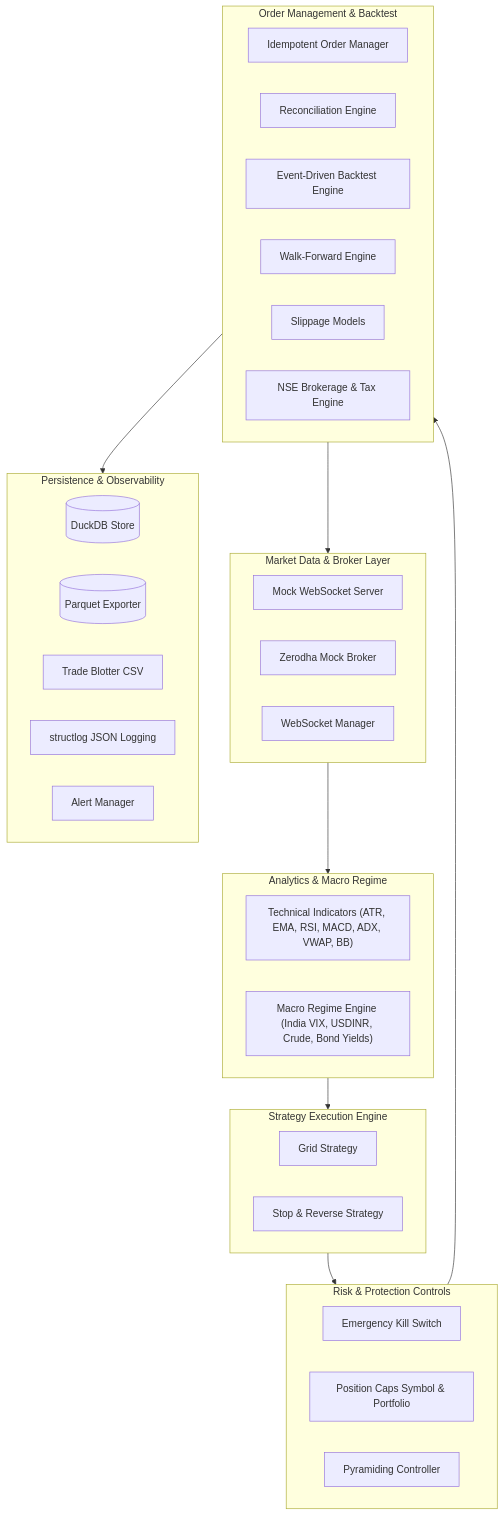
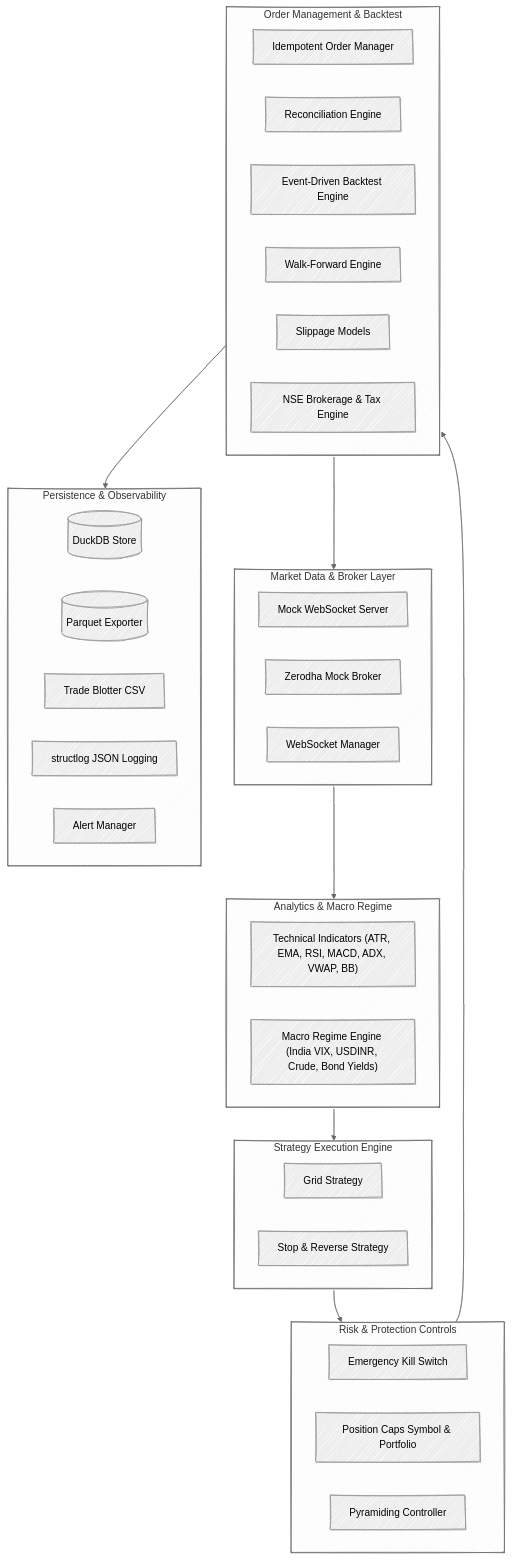
The first of 4 diagrams in README.md (ankit-gupta-git/Quant_assignment), drawn with Mermaid before and after one commit. The commit also changed other lines of this file and 4 other files, not shown here.

Commit message:
docs: integrate Excalidraw-style SVG diagrams and handDrawn theme into README

````diff
--- a/README.md
+++ b/README.md
@@ -48,48 +55,49 @@
 ```mermaid
+%%{init: {'theme': 'neutral', 'look': 'handDrawn'}}%%
 flowchart TD
     subgraph DataLayer["Market Data & Broker Layer"]
         MDS[Mock WebSocket Server]
         ZMB[Zerodha Mock Broker]
         WSM[WebSocket Manager]
     end
 
     subgraph AnalyticsLayer["Analytics & Macro Regime"]
         IND["Technical Indicators (ATR, EMA, RSI, MACD, ADX, VWAP, BB)"]
         MAC["Macro Regime Engine (India VIX, USDINR, Crude, Bond Yields)"]
     end
 
     subgraph StrategyLayer["Strategy Execution Engine"]
         GS[Grid Strategy]
         SRS[Stop & Reverse Strategy]
     end
 
     subgraph RiskLayer["Risk & Protection Controls"]
         KS[Emergency Kill Switch]
         PC[Position Caps Symbol & Portfolio]
         PYR[Pyramiding Controller]
     end
 
     subgraph ExecutionLayer["Order Management & Backtest"]
         OM[Idempotent Order Manager]
         REC[Reconciliation Engine]
         BTE[Event-Driven Backtest Engine]
         WFE[Walk-Forward Engine]
         SLIP[Slippage Models]
         BROK[NSE Brokerage & Tax Engine]
     end
 
     subgraph StorageLayer["Persistence & Observability"]
         DDB[(DuckDB Store)]
         PARQ[(Parquet Exporter)]
         BLOT[Trade Blotter CSV]
         LOG[structlog JSON Logging]
         ALT[Alert Manager]
     end
 
     DataLayer --> AnalyticsLayer
     AnalyticsLayer --> StrategyLayer
     StrategyLayer --> RiskLayer
     RiskLayer --> ExecutionLayer
     ExecutionLayer --> DataLayer
     ExecutionLayer --> StorageLayer
 ```
````
